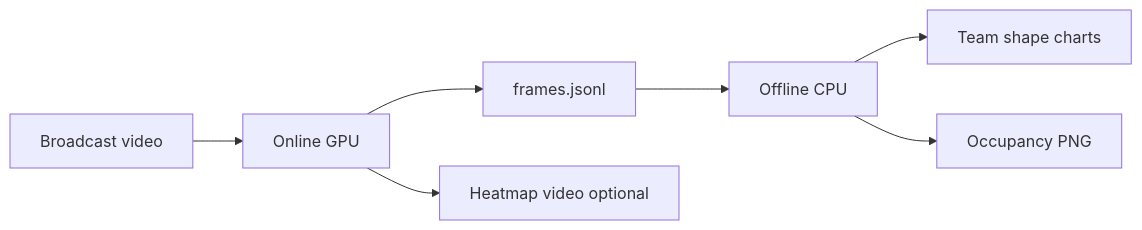
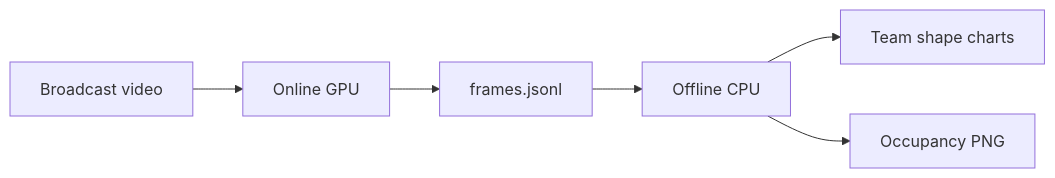
One commit to Pratham-22/sports-cv-analytics changed the diagram in README.md. Above: the diagram before and after it, drawn with Mermaid. The commit also changed other lines of this file and 1 other file, not shown here.

````diff
--- a/README.md
+++ b/README.md
@@ -38,9 +78,8 @@
 ```mermaid
 flowchart LR
   video[Broadcast video] --> online[Online GPU]
   online --> jsonl[frames.jsonl]
-  online --> heatmap_vid[Heatmap video optional]
   jsonl --> offline[Offline CPU]
   offline --> shape[Team shape charts]
   offline --> heatmap_png[Occupancy PNG]
 ```
````
